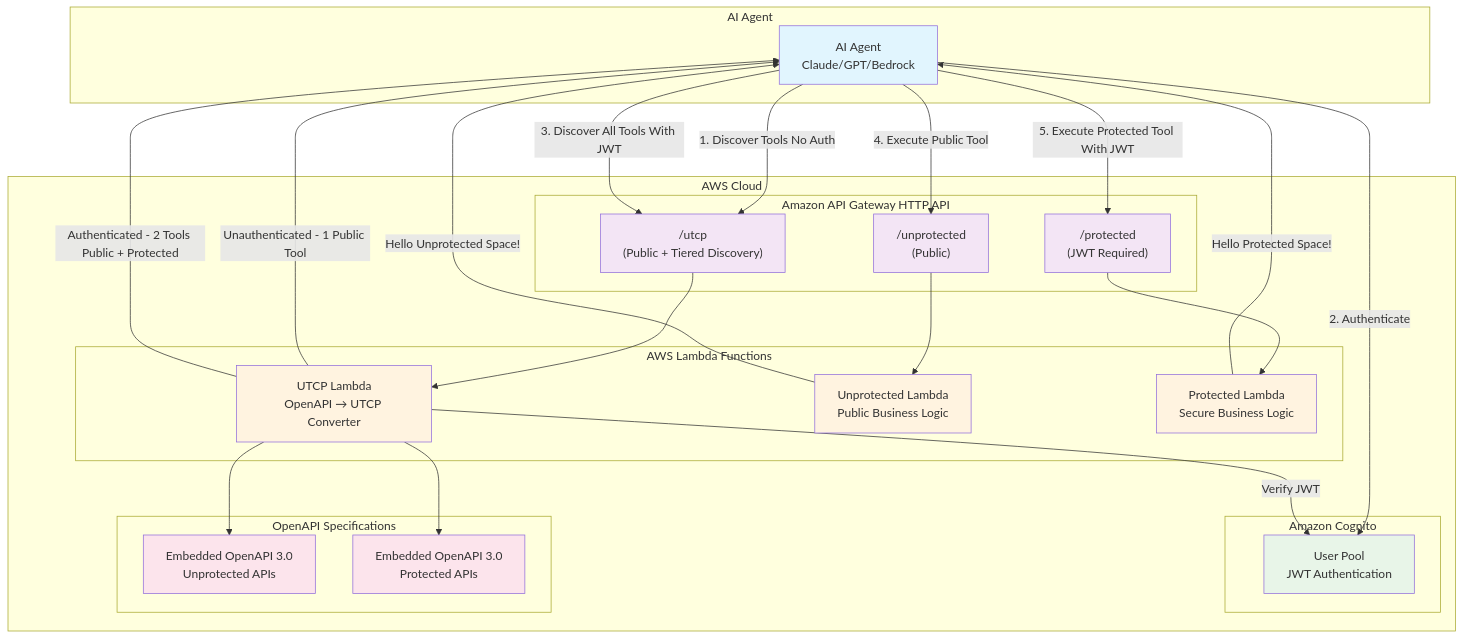
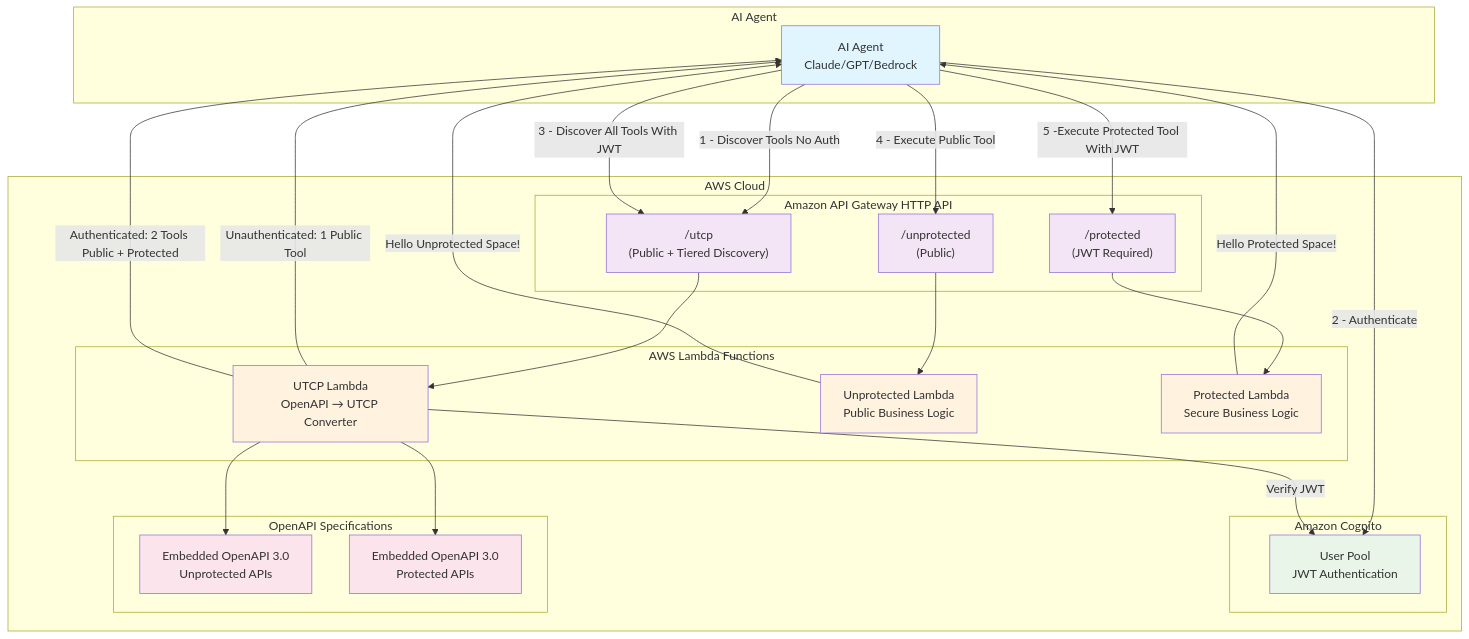
The first of 2 diagrams in README.md (Robobc/Transform-your-APIs-into-agent-tools-with-UTCP), drawn with Mermaid before and after one commit.

````diff
--- a/README.md
+++ b/README.md
@@ -28,63 +28,63 @@
 ```mermaid
 graph TB
     subgraph "AI Agent"
         A[AI Agent<br/>Claude/GPT/Bedrock]
     end
     
     subgraph "AWS Cloud"
         subgraph "Amazon API Gateway HTTP API"
             B["/utcp<br/>(Public + Tiered Discovery)"]
             C["/unprotected<br/>(Public)"]
             D["/protected<br/>(JWT Required)"]
         end
         
         subgraph "AWS Lambda Functions"
             E[UTCP Lambda<br/>OpenAPI → UTCP Converter]
             F[Unprotected Lambda<br/>Public Business Logic]
             G[Protected Lambda<br/>Secure Business Logic]
         end
         
         subgraph "Amazon Cognito"
             H[User Pool<br/>JWT Authentication]
         end
         
         subgraph "OpenAPI Specifications"
             I[Embedded OpenAPI 3.0<br/>Unprotected APIs]
             J[Embedded OpenAPI 3.0<br/>Protected APIs]
         end
     end
     
     %% AI Agent Interactions
-    A -->|1. Discover Tools No Auth| B
-    A -->|2. Authenticate| H
-    A -->|3. Discover All Tools With JWT| B
-    A -->|4. Execute Public Tool| C
-    A -->|5. Execute Protected Tool With JWT| D
+    A -->|1 - Discover Tools No Auth| B
+    A -->|2 - Authenticate| H
+    A -->|3 - Discover All Tools With JWT| B
+    A -->|4 - Execute Public Tool| C
+    A -->|5 -Execute Protected Tool With JWT| D
     
     %% Internal Connections
     B --> E
     C --> F
     D --> G
     E --> I
     E --> J
     E -->|Verify JWT| H
     
     %% Response Flow
-    E -->|Unauthenticated - 1 Public Tool| A
-    E -->|Authenticated - 2 Tools Public + Protected| A
+    E -->|Unauthenticated: 1 Public Tool| A
+    E -->|Authenticated: 2 Tools Public + Protected| A
     F -->|Hello Unprotected Space!| A
     G -->|Hello Protected Space!| A
     
     %% Styling
     classDef aiAgent fill:#e1f5fe
     classDef apiGateway fill:#f3e5f5
     classDef lambda fill:#fff3e0
     classDef cognito fill:#e8f5e8
     classDef openapi fill:#fce4ec
     
     class A aiAgent
     class B,C,D apiGateway
     class E,F,G lambda
     class H cognito
     class I,J openapi
 ```
````
